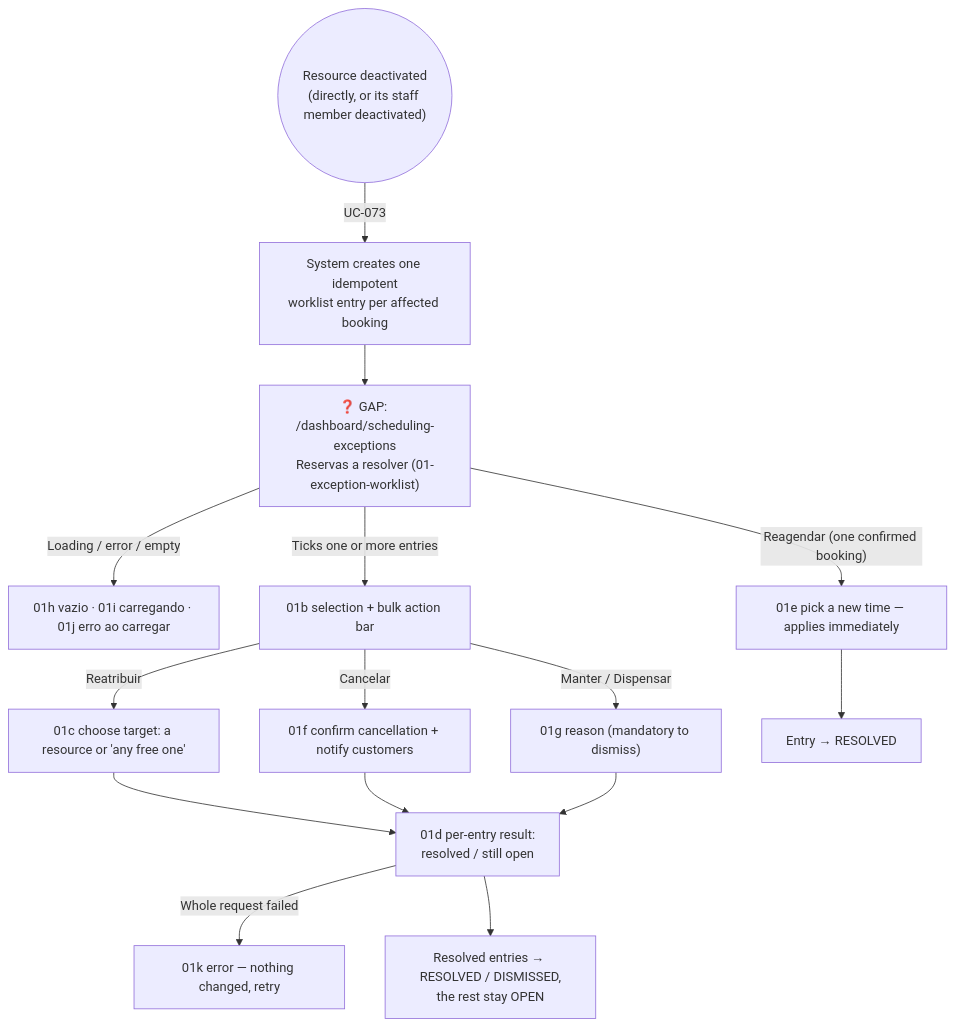
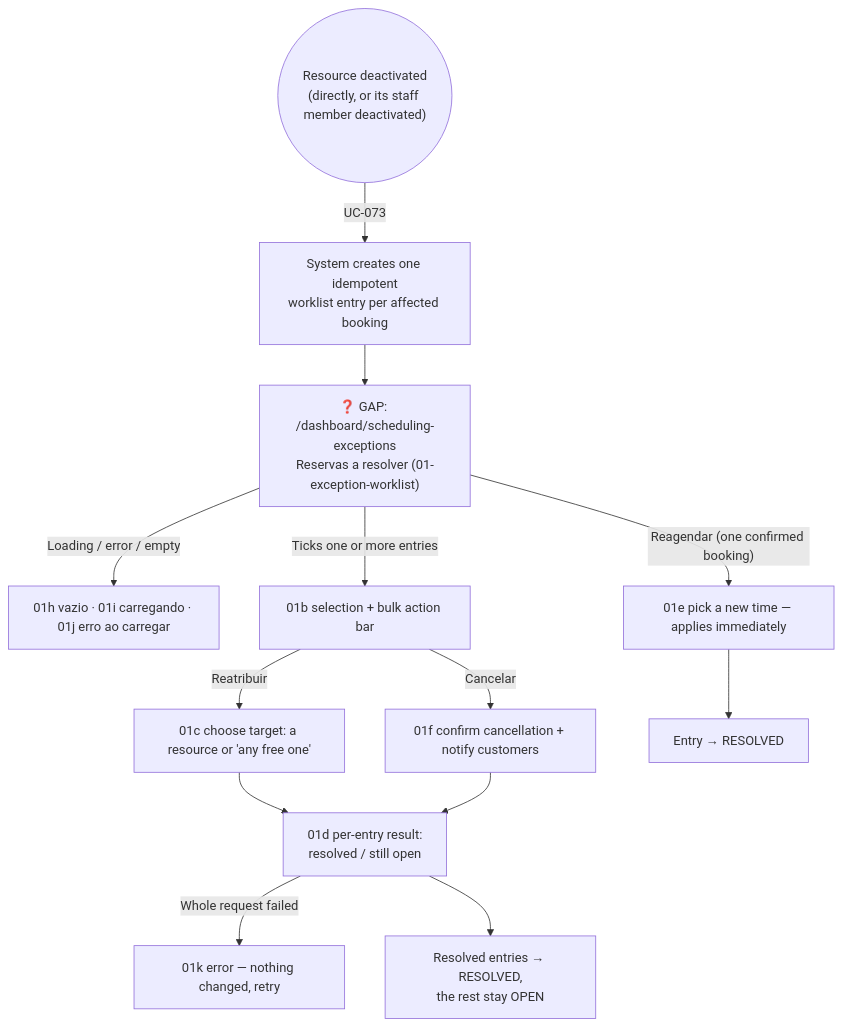
Before and after one commit to lmmoreira/ikaro: the diagram in plan/journey/manager/scheduling-exceptions.md, drawn with Mermaid. The commit also changed other lines of this file and 8 other files, not shown here.

First line of the commit message:
docs(journey): drop Manter/Dispensar from the "Reservas a resolver" prototypes

````diff
--- a/plan/journey/manager/scheduling-exceptions.md
+++ b/plan/journey/manager/scheduling-exceptions.md
@@ -18,22 +20,20 @@
 ```mermaid
 flowchart TD
     classDef gap stroke:#f00,stroke-dasharray: 5 5,fill:#fee
 
     Trigger(("Resource deactivated<br/>(directly, or its staff member deactivated)")) -->|"UC-073"| Raise["System creates one idempotent<br/>worklist entry per affected booking"]
     Raise --> List["❓ GAP: /dashboard/scheduling-exceptions<br/>Reservas a resolver (01-exception-worklist)"]
 
     List -->|"Loading / error / empty"| States["01h vazio · 01i carregando · 01j erro ao carregar"]
     List -->|"Ticks one or more entries"| Bulk["01b selection + bulk action bar"]
     List -->|"Reagendar (one confirmed booking)"| Reschedule["01e pick a new time — applies immediately"]
 
     Bulk -->|"Reatribuir"| Reassign["01c choose target: a resource or 'any free one'"]
     Bulk -->|"Cancelar"| Cancel["01f confirm cancellation + notify customers"]
-    Bulk -->|"Manter / Dispensar"| Dismiss["01g reason (mandatory to dismiss)"]
 
     Reassign --> Result["01d per-entry result:<br/>resolved / still open"]
     Cancel --> Result
-    Dismiss --> Result
     Reschedule --> Resolved["Entry → RESOLVED"]
     Result -->|"Whole request failed"| SubmitError["01k error — nothing changed, retry"]
-    Result --> Done["Resolved entries → RESOLVED / DISMISSED,<br/>the rest stay OPEN"]
+    Result --> Done["Resolved entries → RESOLVED,<br/>the rest stay OPEN"]
 ```
````
